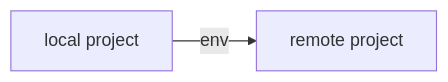
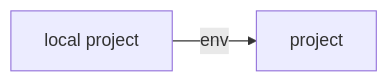
One commit to netzo/fresh-netzo changed the fourth of 4 diagrams in www/src/docs/netzo/cli.md. Above: the diagram before and after it, drawn with Mermaid. The commit also changed other lines of this file and 5 other files, not shown here.

````diff
--- a/www/src/docs/netzo/cli.md
+++ b/www/src/docs/netzo/cli.md
@@ -144,4 +170,4 @@
 ```mermaid
 flowchart LR
-    A[local project] -->|env| B[remote project]
+    A[local project] -->|env| B[project]
 ```
````
